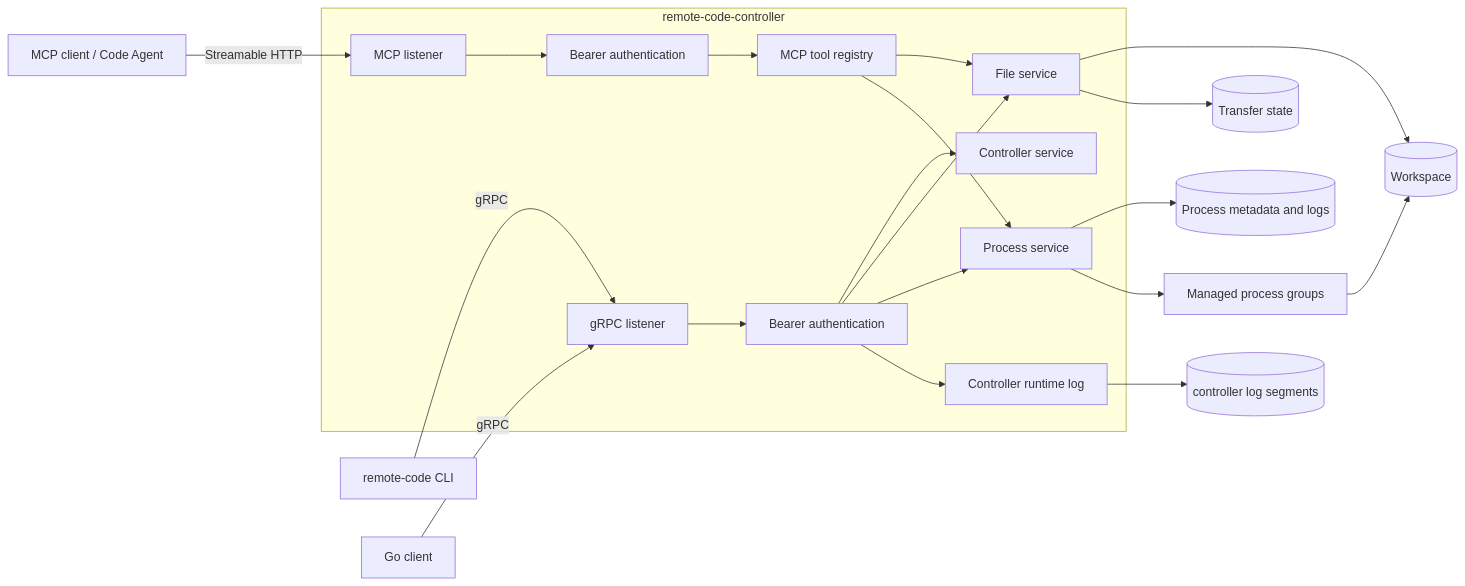
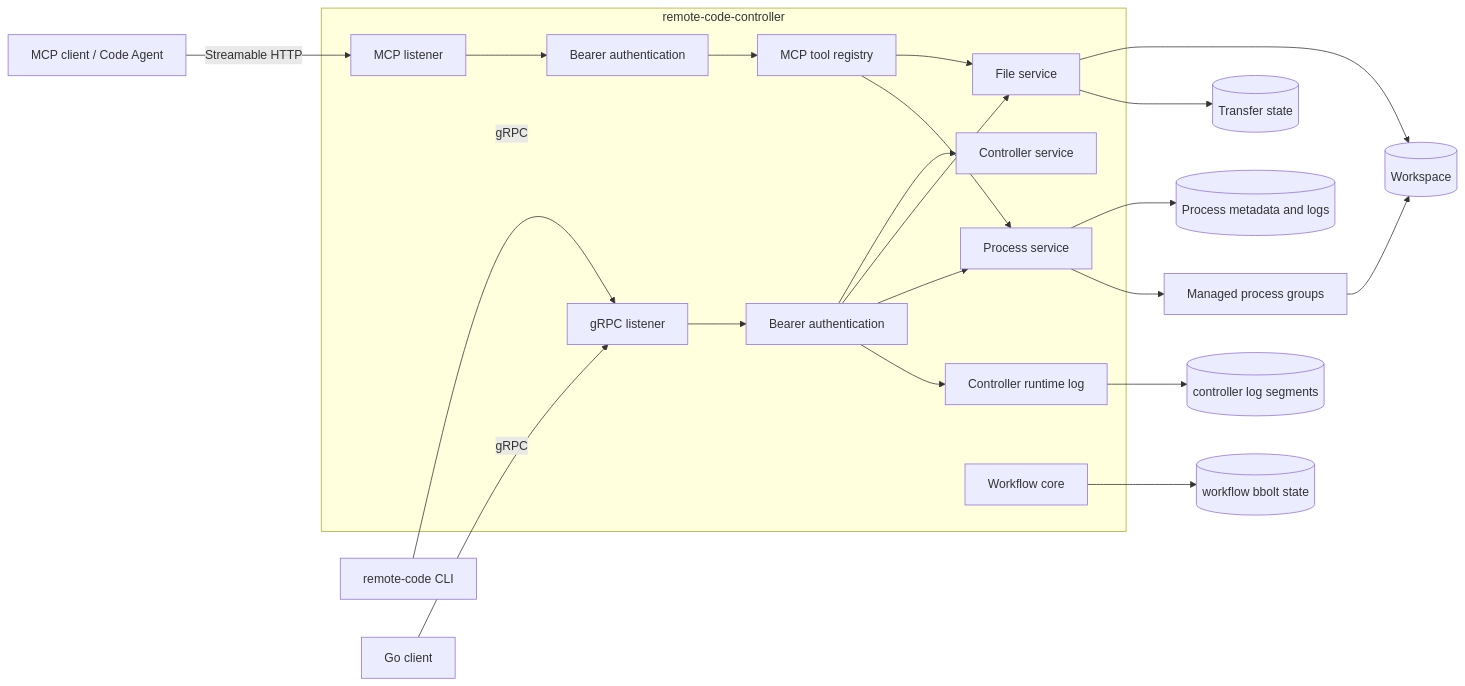
Before and after one commit to qq1426155093/remote-code: the diagram in docs/controller-guide.md, drawn with Mermaid. The commit also changed other lines of this file and 24 other files, not shown here.

````diff
--- a/docs/controller-guide.md
+++ b/docs/controller-guide.md
@@ -37,25 +39,27 @@
 ```mermaid
 flowchart LR
     CLI[remote-code CLI] -->|gRPC| GRPC[gRPC listener]
     SDK[Go client] -->|gRPC| GRPC
     Agent[MCP client / Code Agent] -->|Streamable HTTP| MCP[MCP listener]
 
     subgraph Controller[remote-code-controller]
         GRPC --> Auth[Bearer authentication]
         Auth --> Info[Controller service]
         Auth --> Files[File service]
         Auth --> Processes[Process service]
         Auth --> ControllerLogs[Controller runtime log]
         MCP --> MCPAuth[Bearer authentication]
         MCPAuth --> Registry[MCP tool registry]
         Registry --> Files
         Registry --> Processes
+        Workflows[Workflow core]
     end
 
     Files --> Workspace[(Workspace)]
     Files --> TransferState[(Transfer state)]
     Processes --> Runtime[(Process metadata and logs)]
     ControllerLogs --> RuntimeDiagnostics[(controller log segments)]
+    Workflows --> WorkflowState[(workflow bbolt state)]
     Processes --> Groups[Managed process groups]
     Groups --> Workspace
 ```
````
